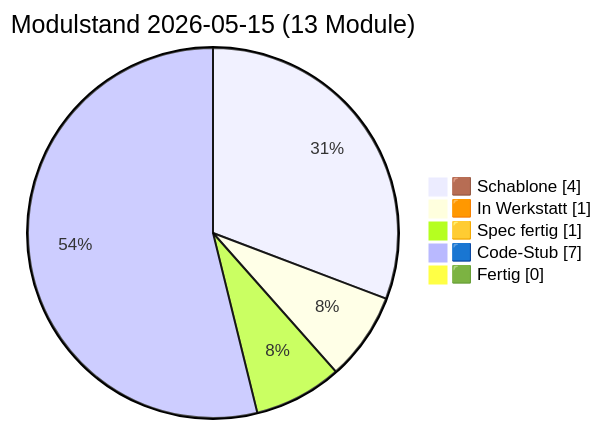
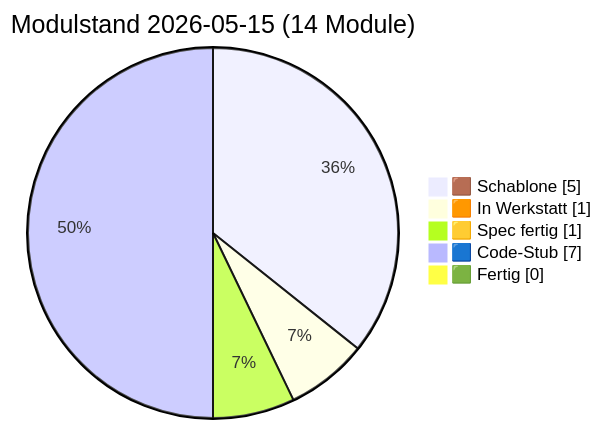
Before and after one commit to lausiklauskn-png/Sage-Protokol: the diagram in docs/PULS.md, drawn with Mermaid. The commit also changed other lines of this file and 5 other files, not shown here.

````diff
--- a/docs/PULS.md
+++ b/docs/PULS.md
@@ -16,9 +16,9 @@
 ```mermaid
 pie showData
-  title Modulstand 2026-05-15 (13 Module)
-  "🟫 Schablone" : 4
+  title Modulstand 2026-05-15 (14 Module)
+  "🟫 Schablone" : 5
   "🟧 In Werkstatt" : 1
   "🟨 Spec fertig" : 1
   "🟦 Code-Stub" : 7
   "🟩 Fertig" : 0
 ```
````
